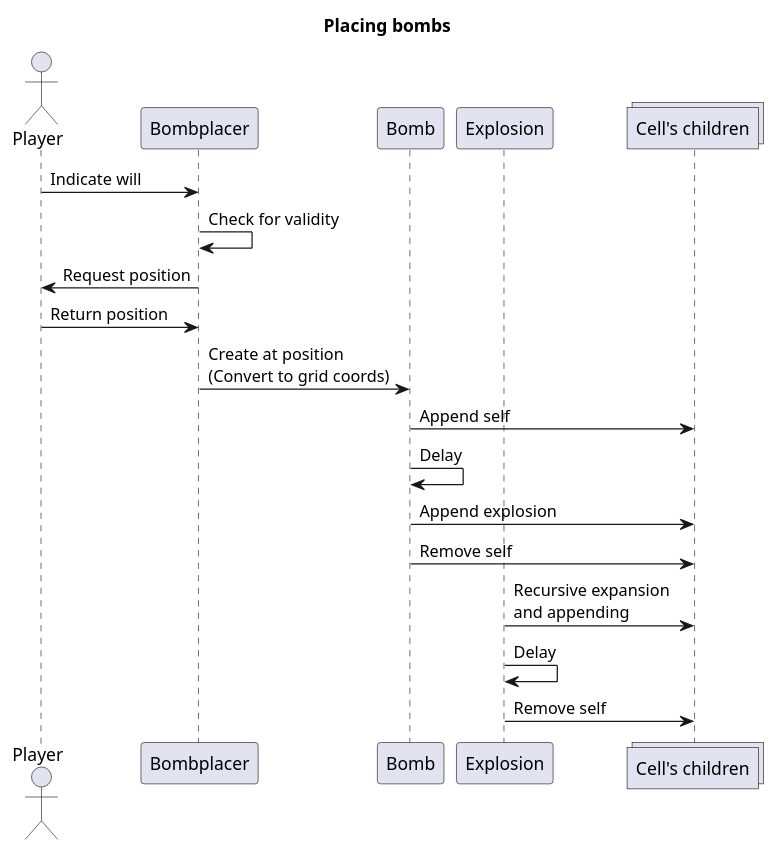
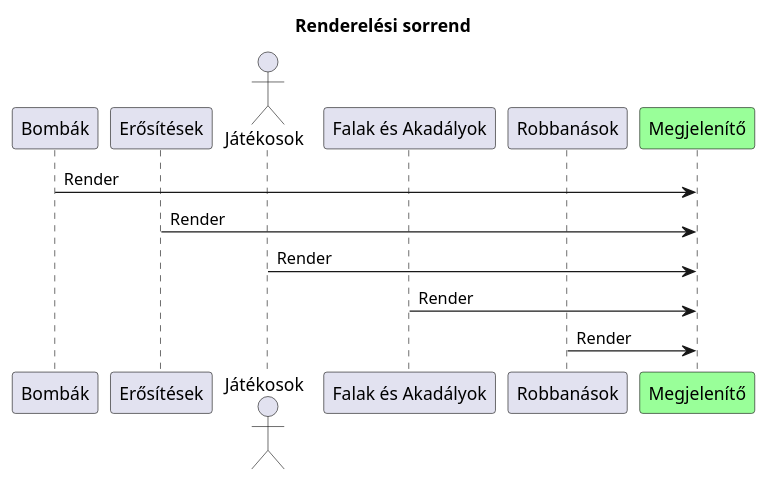
The second of 4 diagrams in logikai rendszertev.md (W4uR/SZFM-Bomberman), drawn with PlantUML before and after one commit. The commit also changed other lines of this file, not shown here.

```diff
--- a/logikai rendszertev.md
+++ b/logikai rendszertev.md
@@ -69,20 +94,14 @@
         @startuml
-        title Placing bombs
-        actor       Player as p
-        participant Bombplacer as bp
-        participant Bomb as b
-        participant Explosion as e
-        collections "Cell's children" as cc
-        p -> bp : Indicate will
-        bp -> bp : Check for validity
-        bp -> p : Request position
-        p -> bp : Return position
-        bp -> b : Create at position \n(Convert to grid coords)
-        b -> cc : Append self
-        b -> b : Delay
-        b -> cc : Append explosion
-        b -> cc : Remove self
-        e -> cc : Recursive expansion \nand appending
-        e -> e : Delay
-        e -> cc : Remove self
+        title Renderelési sorrend
+        participant Bombák as b
+        participant Erősítések as pu
+        actor       Játékosok as p
+        participant "Falak és Akadályok" as w
+        participant Robbanások as e
+        participant Megjelenítő as c #99FF99
+        b -> c : Render
+        pu -> c : Render
+        p -> c : Render
+        w -> c : Render
+        e -> c : Render
         @enduml
```
